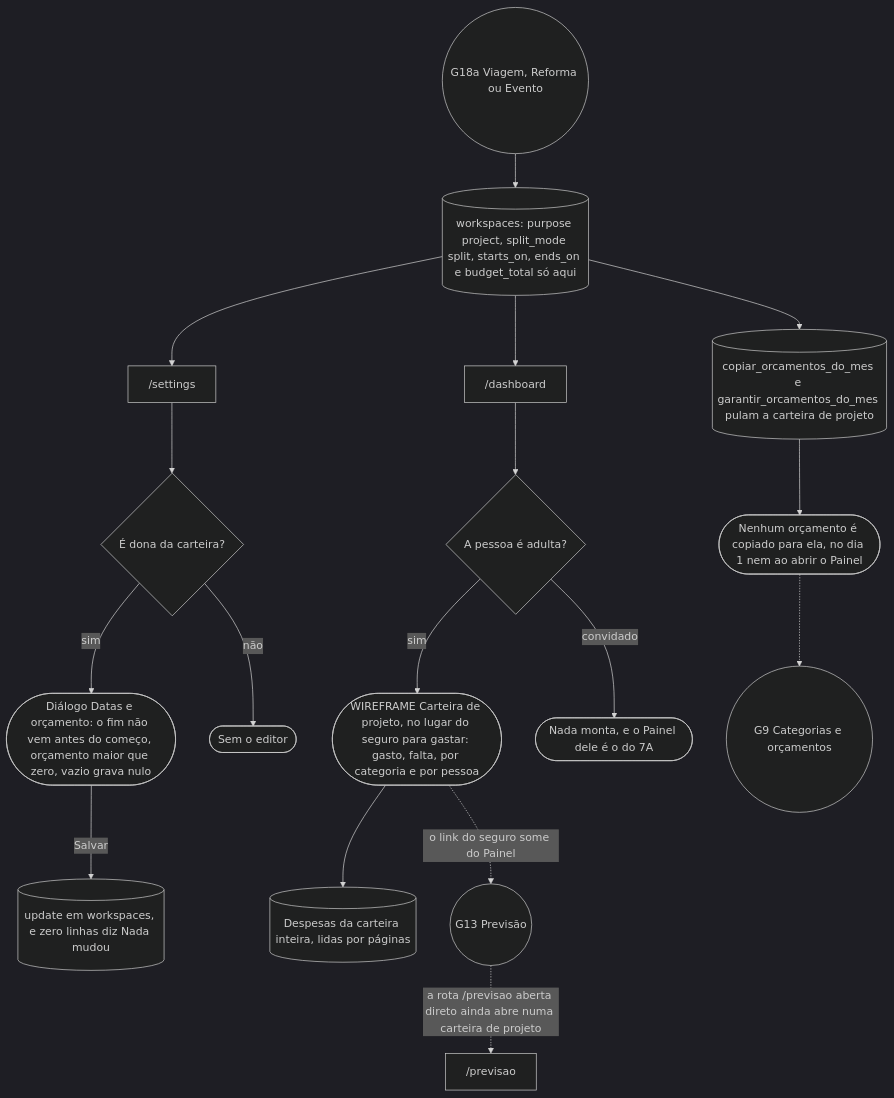
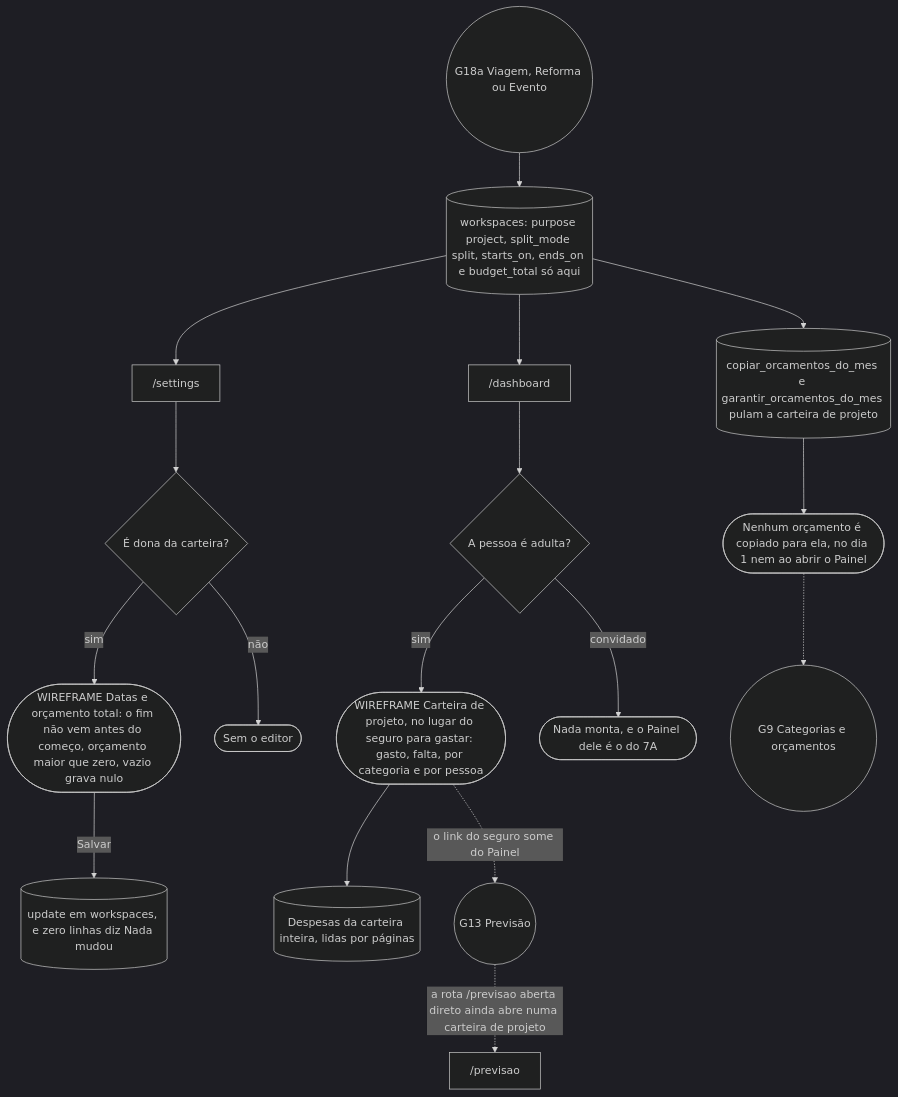
One commit to kauax2000/finance_app changed diagram 28 of 31 in docs/JORNADAS.md. Above: the diagram before and after it, drawn with Mermaid. The commit also changed other lines of this file and 49 other files, not shown here.

````diff
--- a/docs/JORNADAS.md
+++ b/docs/JORNADAS.md
@@ -1894,22 +1892,22 @@
 ```mermaid
 %%{init: {"theme": "dark"}}%%
 flowchart TD
     modelo(("G18a Viagem, Reforma ou Evento")) --> ws[("workspaces: purpose project, split_mode split, starts_on, ends_on e budget_total só aqui")]
     ws --> config["/settings"]
     config --> dono{"É dona da carteira?"}
-    dono -->|"sim"| datas(["Diálogo Datas e orçamento: o fim não vem antes do começo, orçamento maior que zero, vazio grava nulo"])
+    dono -->|"sim"| datas(["WIREFRAME Datas e orçamento total: o fim não vem antes do começo, orçamento maior que zero, vazio grava nulo"])
     dono -->|"não"| semEditor(["Sem o editor"])
     datas -->|"Salvar"| upd[("update em workspaces, e zero linhas diz Nada mudou")]
 
     ws --> painel["/dashboard"]
     painel --> adulto{"A pessoa é adulta?"}
     adulto -->|"sim"| resumo(["WIREFRAME Carteira de projeto, no lugar do seguro para gastar: gasto, falta, por categoria e por pessoa"])
     adulto -->|"convidado"| nada(["Nada monta, e o Painel dele é o do 7A"])
     resumo --> lanc[("Despesas da carteira inteira, lidas por páginas")]
 
     ws --> orc[("copiar_orcamentos_do_mes e garantir_orcamentos_do_mes pulam a carteira de projeto")]
     orc --> semOrc(["Nenhum orçamento é copiado para ela, no dia 1 nem ao abrir o Painel"])
     semOrc -.-> G9(("G9 Categorias e orçamentos"))
     resumo -.->|"o link do seguro some do Painel"| G13(("G13 Previsão"))
     G13 -.->|"a rota /previsao aberta direto ainda abre numa carteira de projeto"| prev["/previsao"]
 ```
````
